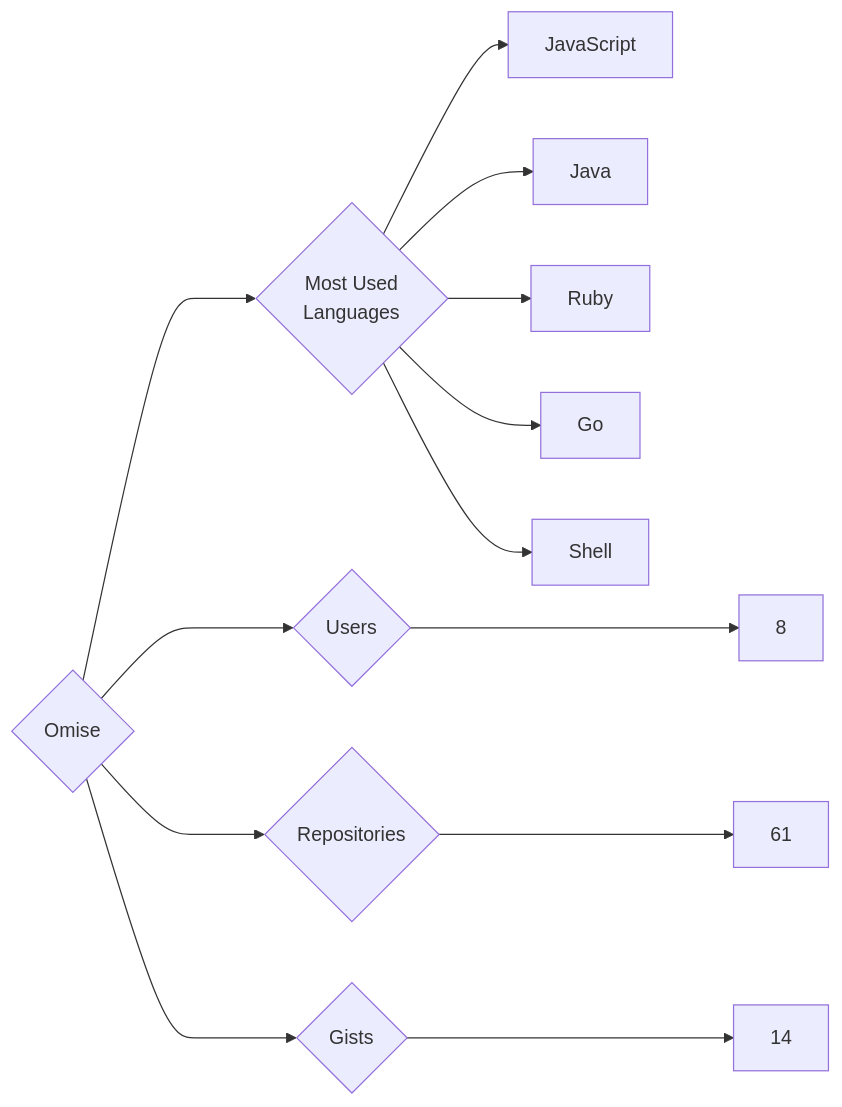
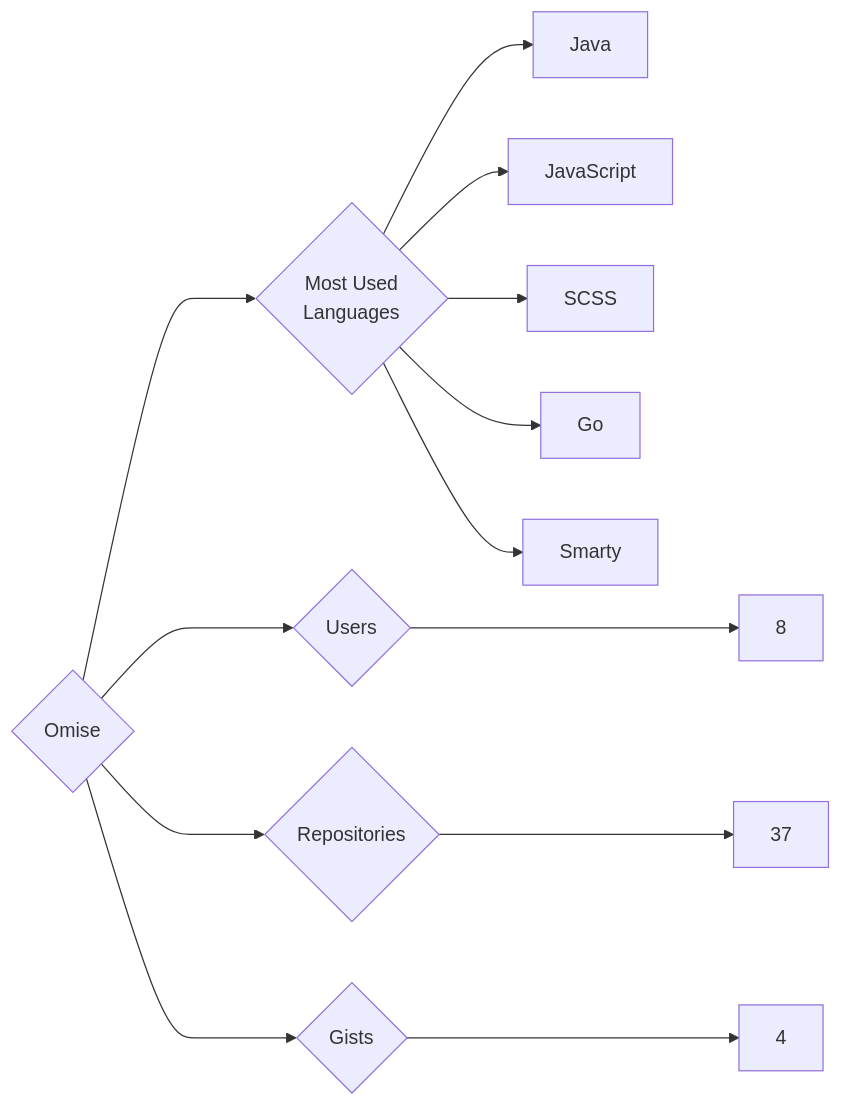
The diagram in targets/Omise/README.md (trickest/insiders), drawn with Mermaid before and after one commit. The commit also changed 912 other files, not shown here.

````diff
--- a/targets/Omise/README.md
+++ b/targets/Omise/README.md
@@ -3,13 +3,13 @@
 ```mermaid
 graph LR
 COMPANY_NAME{Omise}
 COMPANY_NAME ---> U{Users} ---> UN[8]
-COMPANY_NAME ---> R{Repositories} ---> RN[61]
-COMPANY_NAME ---> G{Gists} ---> GN[14]
+COMPANY_NAME ---> R{Repositories} ---> RN[37]
+COMPANY_NAME ---> G{Gists} ---> GN[4]
 COMPANY_NAME ---> ML{Most Used<br>Languages}
+ML --> Java[Java]
 ML --> JavaScript[JavaScript]
-ML --> Java[Java]
-ML --> Ruby[Ruby]
+ML --> SCSS[SCSS]
 ML --> Go[Go]
-ML --> Shell[Shell]
+ML --> Smarty[Smarty]
 ```
````
